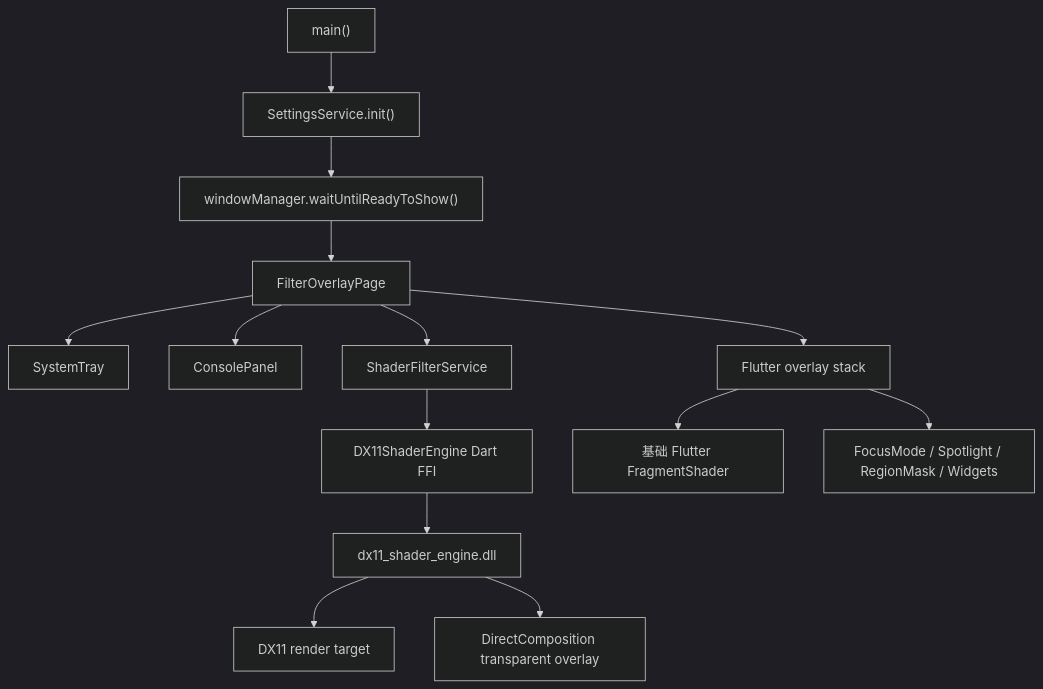
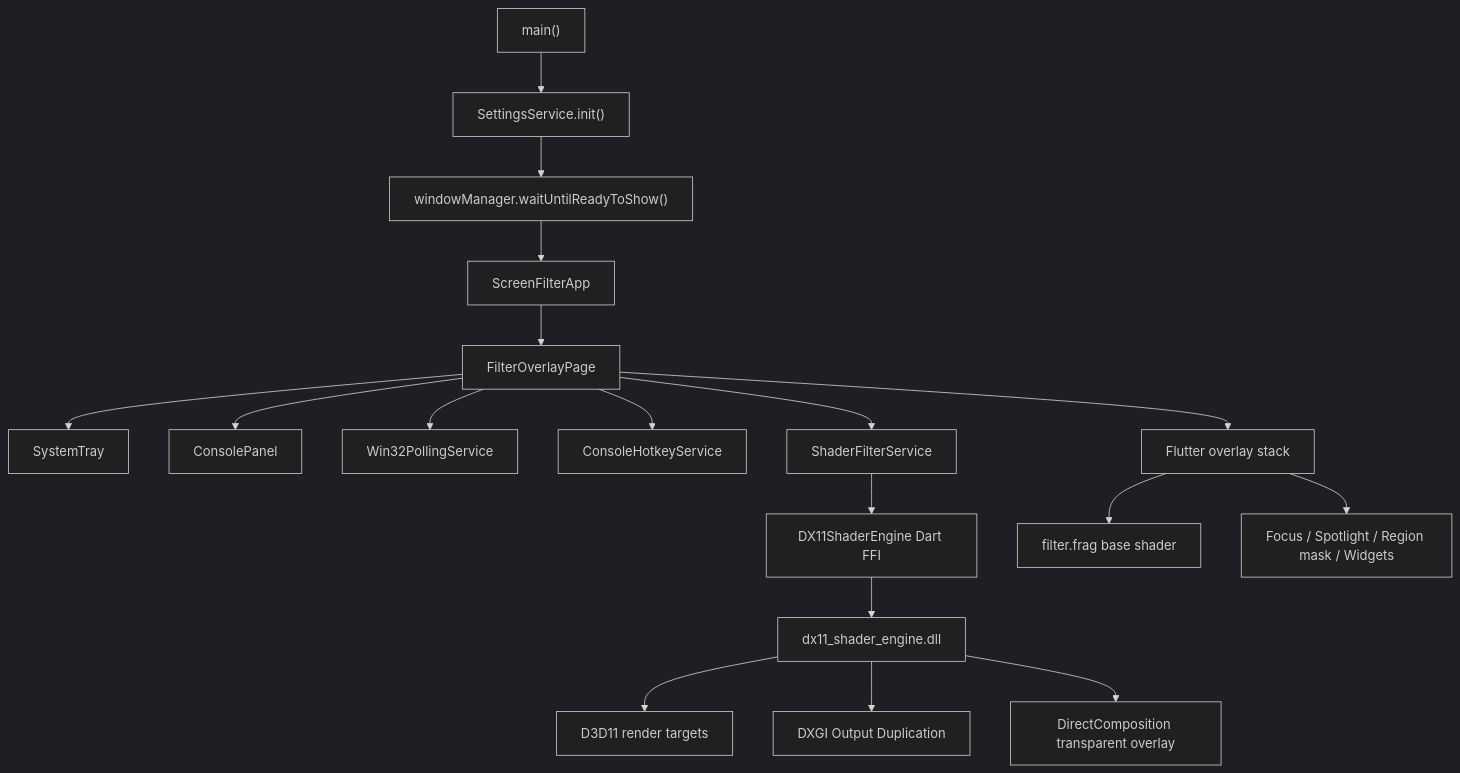
One commit to deceive777xv/ScreenFilter changed the diagram in docs/TECHNICAL_OVERVIEW.md. Above: the diagram before and after it, drawn with Mermaid (dark theme). The commit also changed other lines of this file, not shown here.

````diff
--- a/docs/TECHNICAL_OVERVIEW.md
+++ b/docs/TECHNICAL_OVERVIEW.md
@@ -75,16 +22,20 @@
 ```mermaid
 flowchart TD
   A["main()"] --> B["SettingsService.init()"]
   B --> C["windowManager.waitUntilReadyToShow()"]
-  C --> D["FilterOverlayPage"]
-  D --> E["SystemTray"]
-  D --> F["ConsolePanel"]
-  D --> G["Flutter overlay stack"]
-  D --> H["ShaderFilterService"]
-  H --> I["DX11ShaderEngine Dart FFI"]
-  I --> J["dx11_shader_engine.dll"]
-  J --> K["DX11 render target"]
-  J --> L["DirectComposition transparent overlay"]
-  G --> M["基础 Flutter FragmentShader"]
-  G --> N["FocusMode / Spotlight / RegionMask / Widgets"]
+  C --> D["ScreenFilterApp"]
+  D --> E["FilterOverlayPage"]
+  E --> F["SystemTray"]
+  E --> G["ConsolePanel"]
+  E --> H["Win32PollingService"]
+  E --> I["ConsoleHotkeyService"]
+  E --> J["ShaderFilterService"]
+  J --> K["DX11ShaderEngine Dart FFI"]
+  K --> L["dx11_shader_engine.dll"]
+  L --> M["D3D11 render targets"]
+  L --> N["DXGI Output Duplication"]
+  L --> O["DirectComposition transparent overlay"]
+  E --> P["Flutter overlay stack"]
+  P --> Q["filter.frag base shader"]
+  P --> R["Focus / Spotlight / Region mask / Widgets"]
 ```
````
